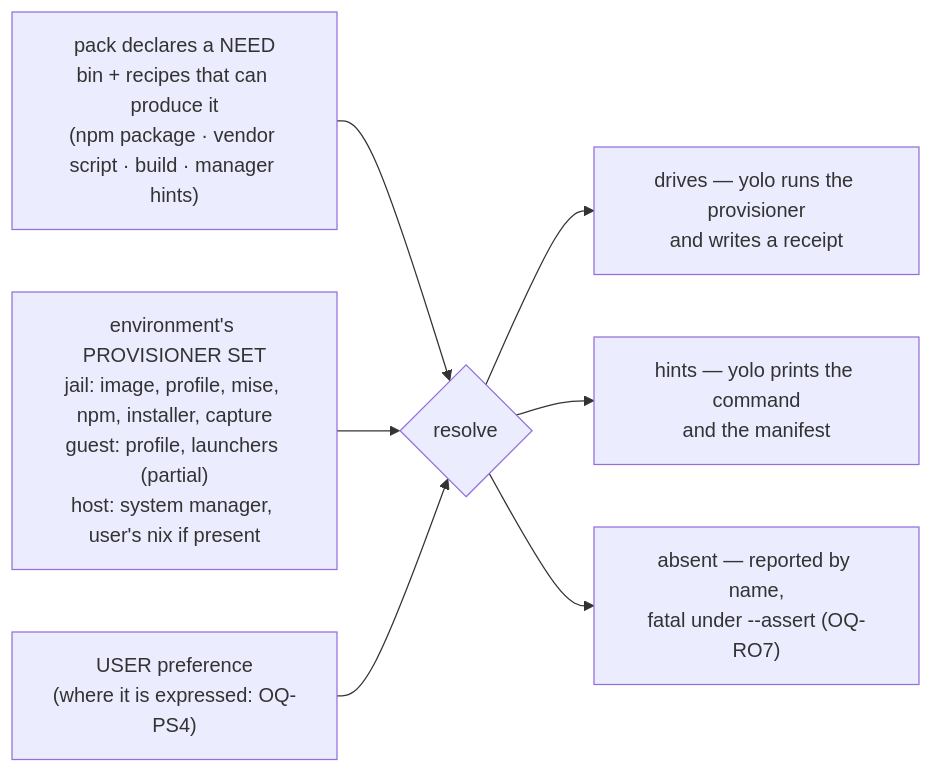
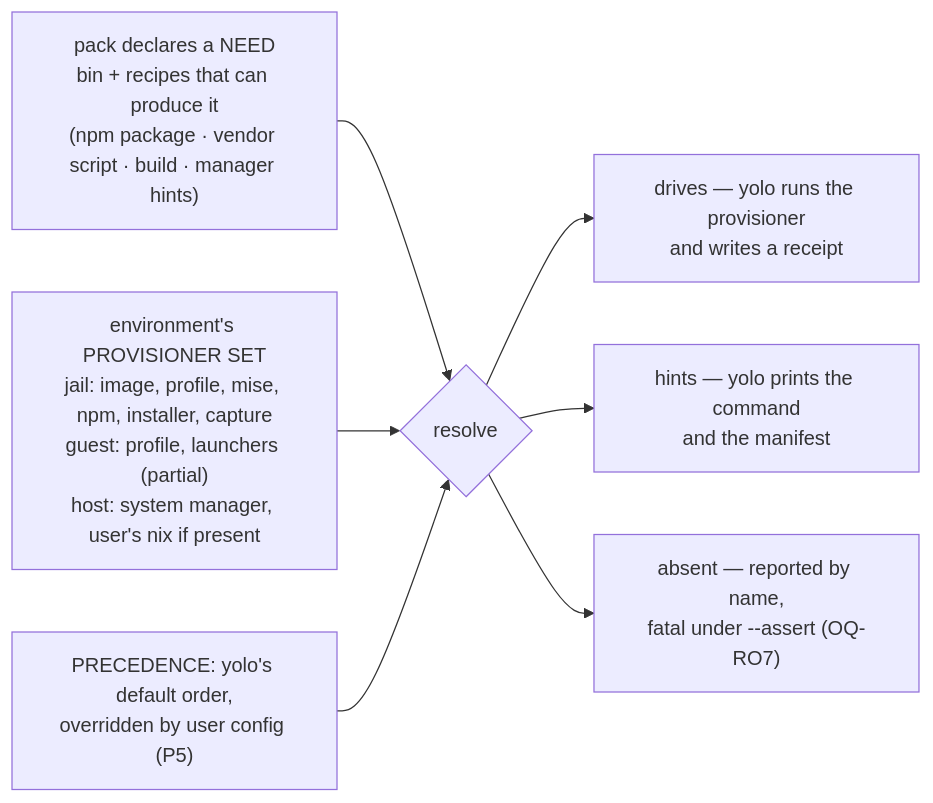
Before and after one commit to mschulkind-oss/yolo-jail: the diagram in docs/design/provisioner-sets.md, drawn with Mermaid. The commit also changed other lines of this file and 13 other files, not shown here.

````diff
--- a/docs/design/provisioner-sets.md
+++ b/docs/design/provisioner-sets.md
@@ -413,16 +806,16 @@
 ```mermaid
 flowchart LR
     pack["pack declares a NEED<br/>bin + recipes that can produce it<br/>(npm package · vendor script · build · manager hints)"]
     env["environment's PROVISIONER SET<br/>jail: image, profile, mise, npm, installer, capture<br/>guest: profile, launchers (partial)<br/>host: system manager, user's nix if present"]
-    pref["USER preference<br/>(where it is expressed: OQ-PS4)"]
+    pref["PRECEDENCE: yolo's default order,<br/>overridden by user config (P5)"]
     res{"resolve"}
     drive["drives — yolo runs the provisioner<br/>and writes a receipt"]
     hint["hints — yolo prints the command<br/>and the manifest"]
     absent["absent — reported by name,<br/>fatal under --assert (OQ-RO7)"]
     pack --> res
     env --> res
     pref --> res
     res --> drive
     res --> hint
     res --> absent
 ```
````
